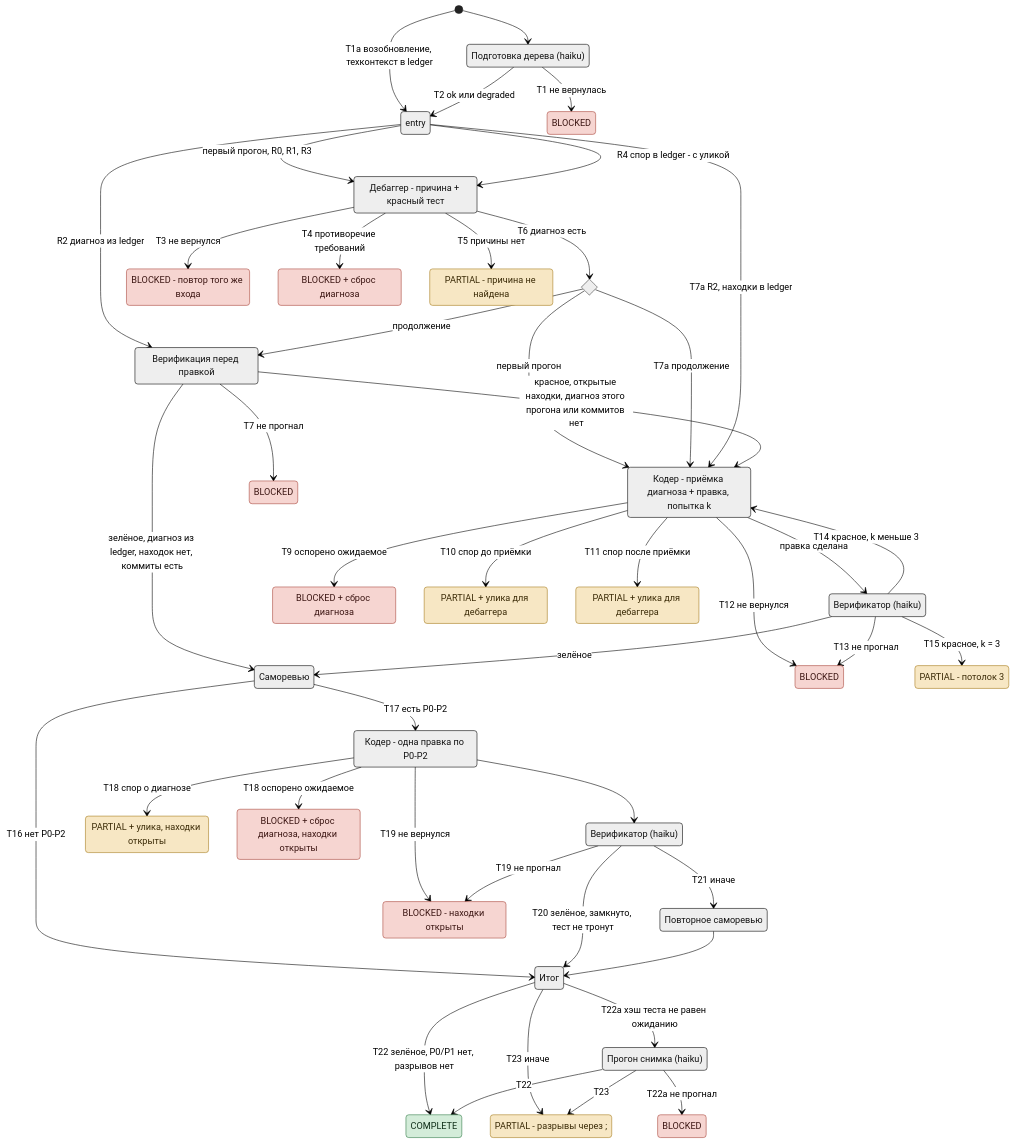
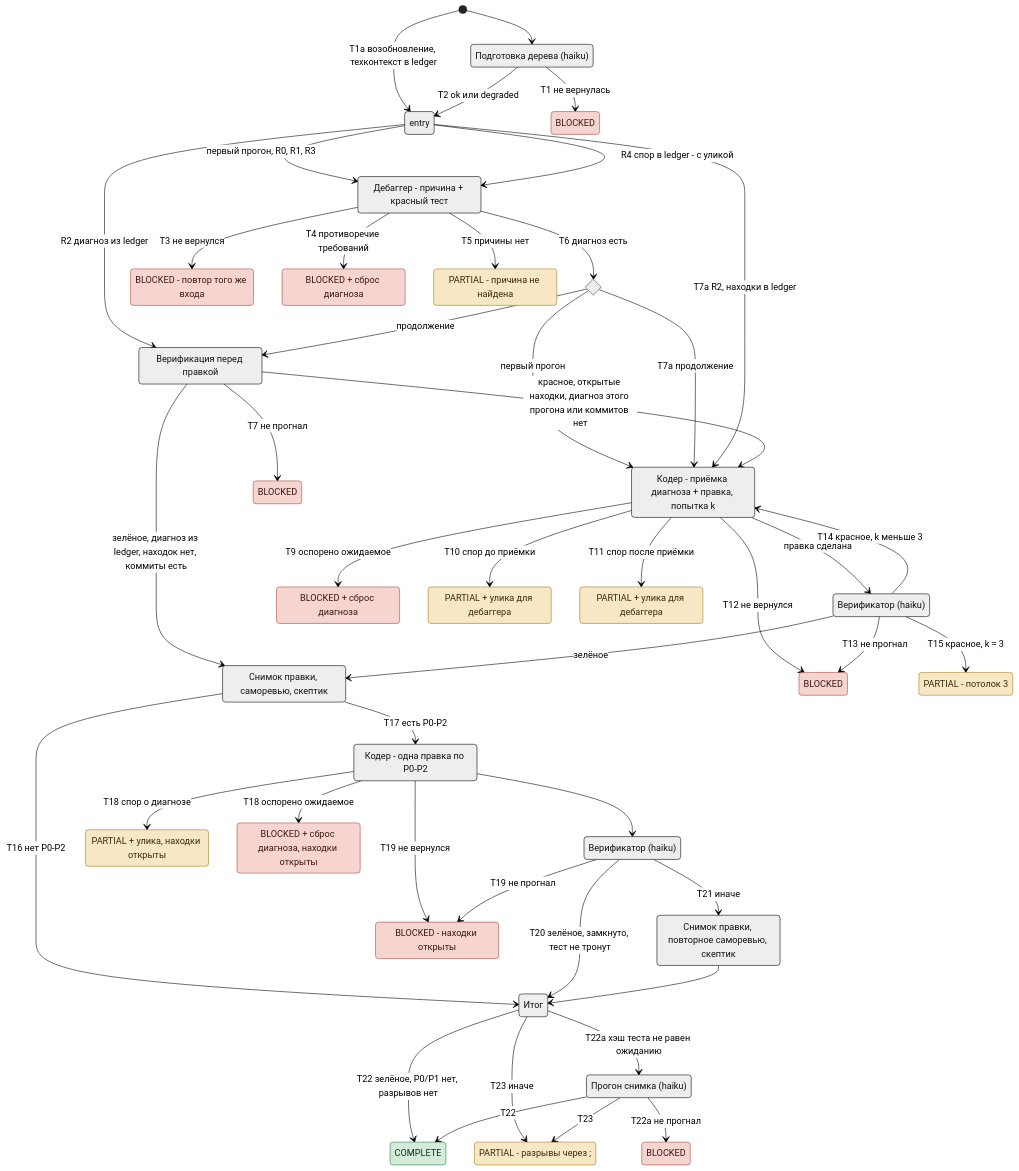
Before and after one commit to dex-it/ai-kit: the diagram in plugins/auto/docs/tracks/bugfix.md, drawn with Mermaid (neutral theme). The commit also changed other lines of this file and 31 other files, not shown here.

```diff
--- a/plugins/auto/docs/tracks/bugfix.md
+++ b/plugins/auto/docs/tracks/bugfix.md
@@ -20,10 +20,10 @@
   state "Верификация перед правкой" as RVerify
   state "Кодер - приёмка диагноза + правка, попытка k" as Coder
   state "Верификатор (haiku)" as Verify
-  state "Саморевью" as Review
+  state "Снимок правки, саморевью, скептик" as Review
   state "Кодер - одна правка по P0-P2" as RFix
   state "Верификатор (haiku)" as Verify2
-  state "Повторное саморевью" as Review2
+  state "Снимок правки, повторное саморевью, скептик" as Review2
   state "Итог" as Final
   state "Прогон снимка (haiku)" as Snap
   state entry <<choice>>
```
